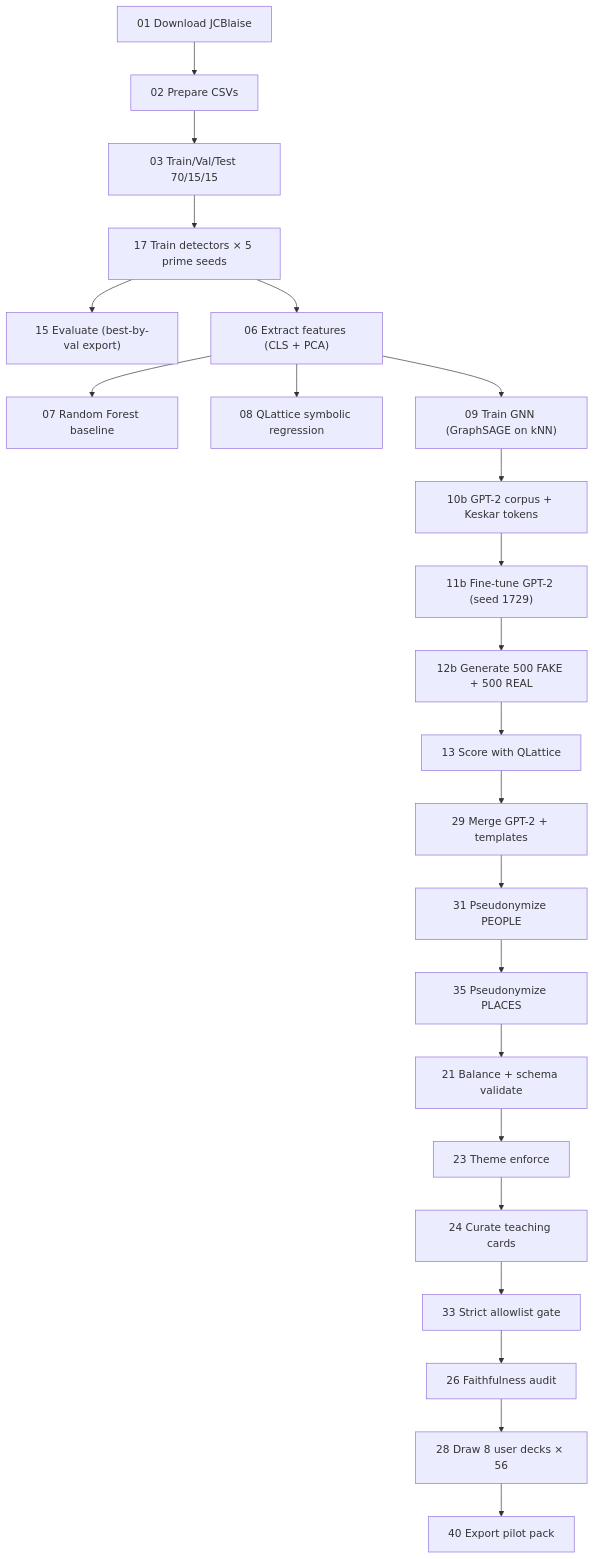
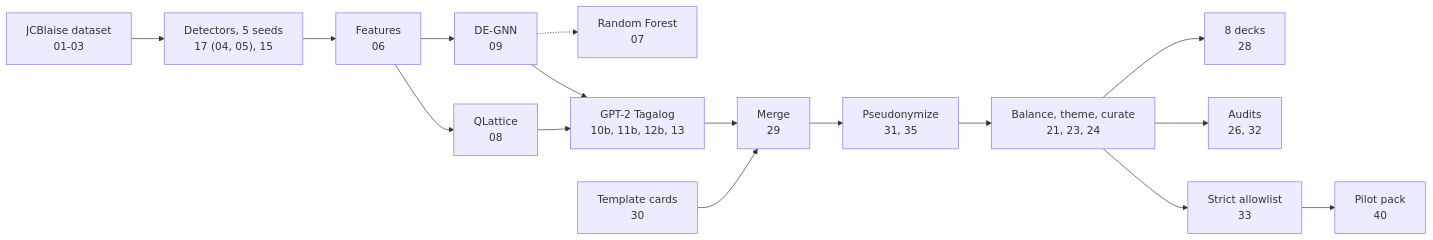
One commit to robertgeraldsenasin/MINERVA changed the diagram in README.md. Above: the diagram before and after it, drawn with Mermaid. The commit also changed other lines of this file, not shown here.

````diff
--- a/README.md
+++ b/README.md
@@ -199,25 +51,18 @@
 ```mermaid
-flowchart TD
-    A["01 Download JCBlaise"] --> B["02 Prepare CSVs"]
-    B --> C["03 Train/Val/Test 70/15/15"]
-    C --> D["17 Train detectors × 5 prime seeds"]
-    D --> E["15 Evaluate (best-by-val export)"]
-    D --> F["06 Extract features (CLS + PCA)"]
-    F --> G["07 Random Forest baseline"]
-    F --> H["08 QLattice symbolic regression"]
-    F --> I["09 Train GNN (GraphSAGE on kNN)"]
-    I --> J["10b GPT-2 corpus + Keskar tokens"]
-    J --> K["11b Fine-tune GPT-2 (seed 1729)"]
-    K --> L["12b Generate 500 FAKE + 500 REAL"]
-    L --> M["13 Score with QLattice"]
-    M --> N["29 Merge GPT-2 + templates"]
-    N --> O["31 Pseudonymize PEOPLE"]
-    O --> P["35 Pseudonymize PLACES"]
-    P --> Q["21 Balance + schema validate"]
-    Q --> R["23 Theme enforce"]
-    R --> S["24 Curate teaching cards"]
-    S --> T["33 Strict allowlist gate"]
-    T --> U["26 Faithfulness audit"]
-    U --> V["28 Draw 8 user decks × 56"]
-    V --> W["40 Export pilot pack"]
+flowchart LR
+    A["JCBlaise dataset<br/>01-03"] --> B["Detectors, 5 seeds<br/>17 (04, 05), 15"]
+    B --> C["Features<br/>06"]
+    C --> D["QLattice<br/>08"]
+    C --> E["DE-GNN<br/>09"]
+    E -.-> F["Random Forest<br/>07"]
+    D --> G["GPT-2 Tagalog<br/>10b, 11b, 12b, 13"]
+    E --> G
+    T["Template cards<br/>30"] --> M["Merge<br/>29"]
+    G --> M
+    M --> P["Pseudonymize<br/>31, 35"]
+    P --> Q["Balance, theme, curate<br/>21, 23, 24"]
+    Q --> R["8 decks<br/>28"]
+    Q --> S["Audits<br/>26, 32"]
+    Q --> U["Strict allowlist<br/>33"]
+    U --> V["Pilot pack<br/>40"]
 ```
````
